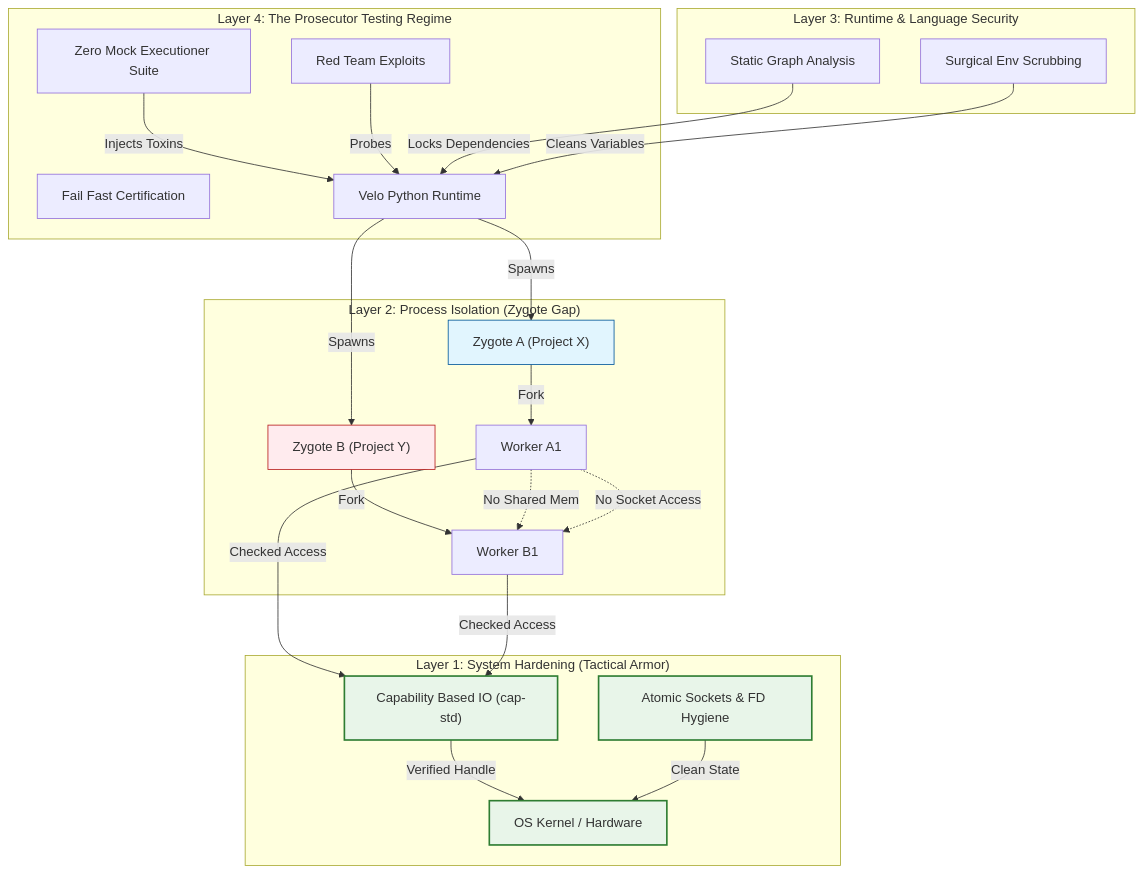
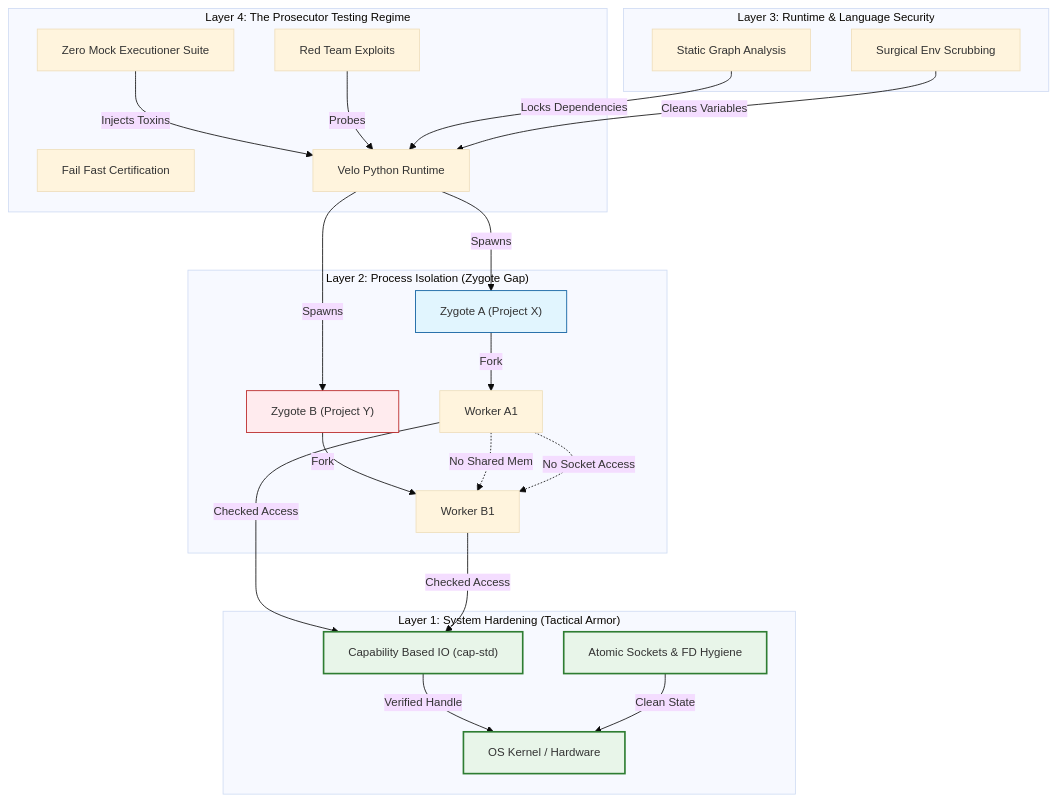
Before and after one commit to velo-sh/velo: the diagram in docs/rfcs/velo_fortress_diagram.md, drawn with Mermaid.

Commit message:
docs: optimize mermaid layout to reduce overlap

````diff
--- a/docs/rfcs/velo_fortress_diagram.md
+++ b/docs/rfcs/velo_fortress_diagram.md
@@ -1,51 +1,54 @@
 ```mermaid
-graph TD
+graph TB
+    %% Graph config to reduce overlap
+    %%{init: {'theme': 'base', 'themeVariables': { 'fontSize': '14px', 'fontFamily': 'arial'}}}%%
+
     subgraph "Layer 4: The Prosecutor Testing Regime"
         Test[Zero Mock Executioner Suite]
         Attack[Red Team Exploits]
         FailClosed[Fail Fast Certification]
         Test -->|Injects Toxins| Runtime
         Attack -->|Probes| Runtime
     end
 
     subgraph "Layer 3: Runtime & Language Security"
         Runtime[Velo Python Runtime]
         StaticGraph[Static Graph Analysis]
         Scrub[Surgical Env Scrubbing]
         
         StaticGraph -->|Locks Dependencies| Runtime
         Scrub -->|Cleans Variables| Runtime
     end
 
     subgraph "Layer 2: Process Isolation (Zygote Gap)"
         ZygoteA["Zygote A (Project X)"]
         ZygoteB["Zygote B (Project Y)"]
         WorkerA1[Worker A1]
         WorkerB1[Worker B1]
         
         Runtime -- Spawns --> ZygoteA
         Runtime -- Spawns --> ZygoteB
         ZygoteA -- Fork --> WorkerA1
         ZygoteB -- Fork --> WorkerB1
         
         style ZygoteA fill:#e1f5fe,stroke:#01579b
         style ZygoteB fill:#ffebee,stroke:#b71c1c
         
         WorkerA1 -.-> |No Shared Mem| WorkerB1
         WorkerA1 -.-> |No Socket Access| WorkerB1
     end
 
     subgraph "Layer 1: System Hardening (Tactical Armor)"
         Kernel["OS Kernel / Hardware"]
         CapStd["Capability Based IO (cap-std)"]
         Hygiene["Atomic Sockets & FD Hygiene"]
         
         WorkerA1 -->|Checked Access| CapStd
         WorkerB1 -->|Checked Access| CapStd
         CapStd -->|Verified Handle| Kernel
         Hygiene -->|Clean State| Kernel
     end
 
     classDef shield fill:#e8f5e9,stroke:#2e7d32,stroke-width:2px;
     class Kernel,CapStd,Hygiene shield
 ```
````
